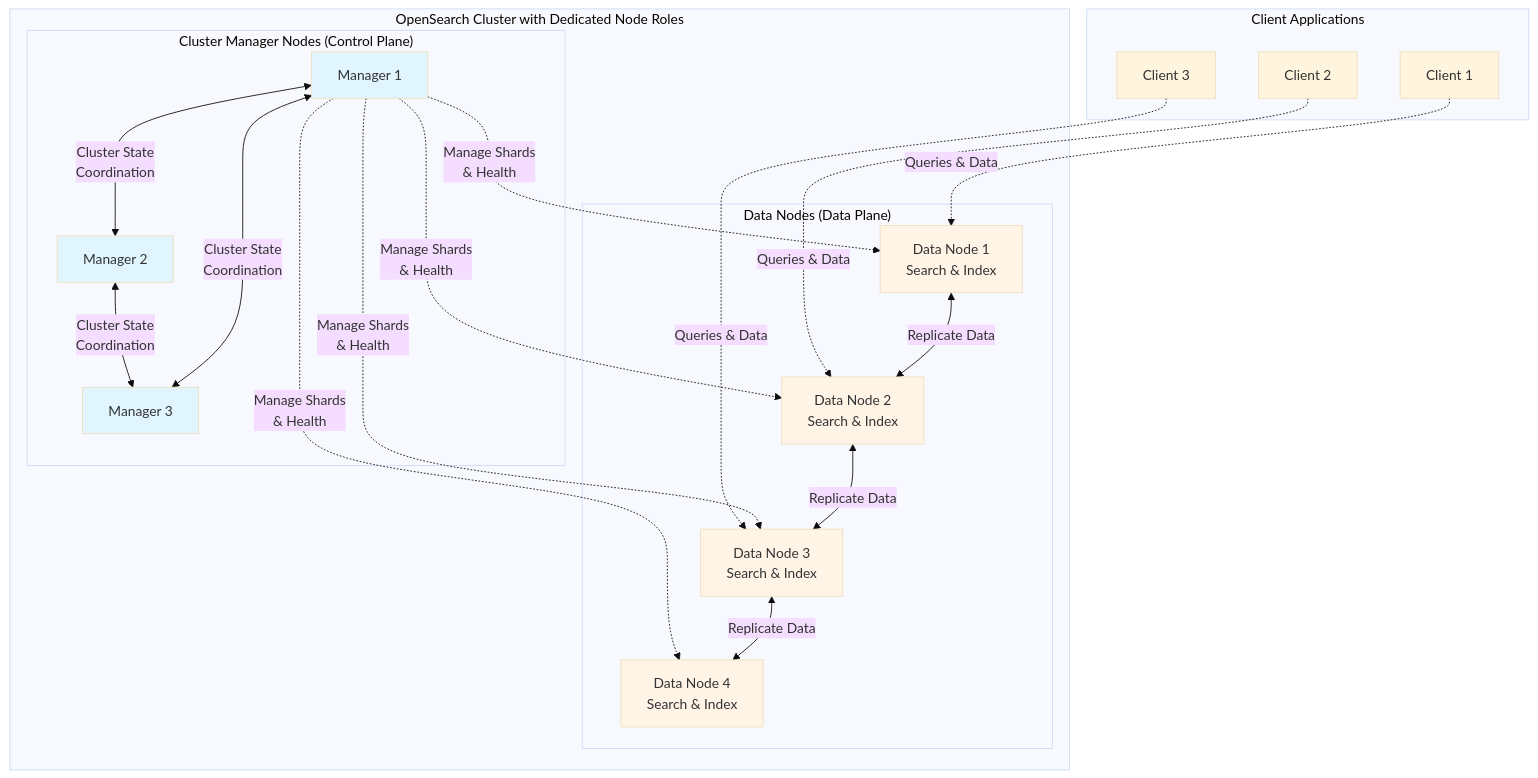
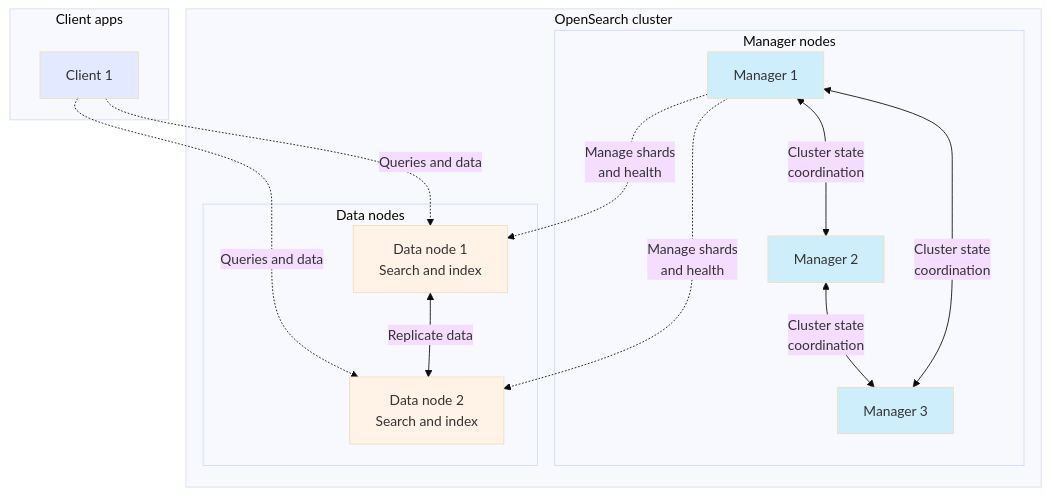
The diagram in docs/products/opensearch/concepts/dedicated-node-roles.md (aiven/aiven-docs), drawn with Mermaid (base theme) before and after one commit. The commit also changed other lines of this file, not shown here.

Commit message:
os dedicated node roles

````diff
--- a/docs/products/opensearch/concepts/dedicated-node-roles.md
+++ b/docs/products/opensearch/concepts/dedicated-node-roles.md
@@ -14,48 +48,38 @@
 ```mermaid
 graph TB
-    subgraph "Client Applications"
+    subgraph "Client apps"
         C1[Client 1]
-        C2[Client 2]
-        C3[Client 3]
     end
-    
-    subgraph "OpenSearch Cluster with Dedicated Node Roles"
-        subgraph "Cluster Manager Nodes (Control Plane)"
+
+    subgraph "OpenSearch cluster"
+        subgraph "Manager nodes"
             CM1[Manager 1]
             CM2[Manager 2]
             CM3[Manager 3]
         end
-        
-        subgraph "Data Nodes (Data Plane)"
-            DN1[Data Node 1<br/>Search & Index]
-            DN2[Data Node 2<br/>Search & Index]
-            DN3[Data Node 3<br/>Search & Index]
-            DN4[Data Node 4<br/>Search & Index]
+
+        subgraph "Data nodes"
+            DN1[Data node 1<br/>Search and index]
+            DN2[Data node 2<br/>Search and index]
         end
     end
-    
-    C1 -.->|Queries & Data| DN1
-    C2 -.->|Queries & Data| DN2
-    C3 -.->|Queries & Data| DN3
-    
-    CM1 <-->|Cluster State<br/>Coordination| CM2
-    CM2 <-->|Cluster State<br/>Coordination| CM3
-    CM3 <-->|Cluster State<br/>Coordination| CM1
-    
-    CM1 -.->|Manage Shards<br/>& Health| DN1
-    CM1 -.->|Manage Shards<br/>& Health| DN2
-    CM1 -.->|Manage Shards<br/>& Health| DN3
-    CM1 -.->|Manage Shards<br/>& Health| DN4
-    
-    DN1 <-->|Replicate Data| DN2
-    DN2 <-->|Replicate Data| DN3
-    DN3 <-->|Replicate Data| DN4
-    
-    style CM1 fill:#e1f5ff
-    style CM2 fill:#e1f5ff
-    style CM3 fill:#e1f5ff
-    style DN1 fill:#fff4e6
-    style DN2 fill:#fff4e6
-    style DN3 fill:#fff4e6
-    style DN4 fill:#fff4e6
+
+    C1 -.->|Queries and data| DN1
+    C1 -.->|Queries and data| DN2
+
+    CM1 <-->|Cluster state<br/>coordination| CM2
+    CM2 <-->|Cluster state<br/>coordination| CM3
+    CM3 <-->|Cluster state<br/>coordination| CM1
+
+    CM1 -.->|Manage shards<br/>and health| DN1
+    CM1 -.->|Manage shards<br/>and health| DN2
+
+    DN1 <-->|Replicate data| DN2
+
+    style C1 fill:#e3e9ff
+    style CM1 fill:#cfeefc
+    style CM2 fill:#cfeefc
+    style CM3 fill:#cfeefc
+    style DN1 fill:#fff3e8
+    style DN2 fill:#fff3e8
 ```
````
